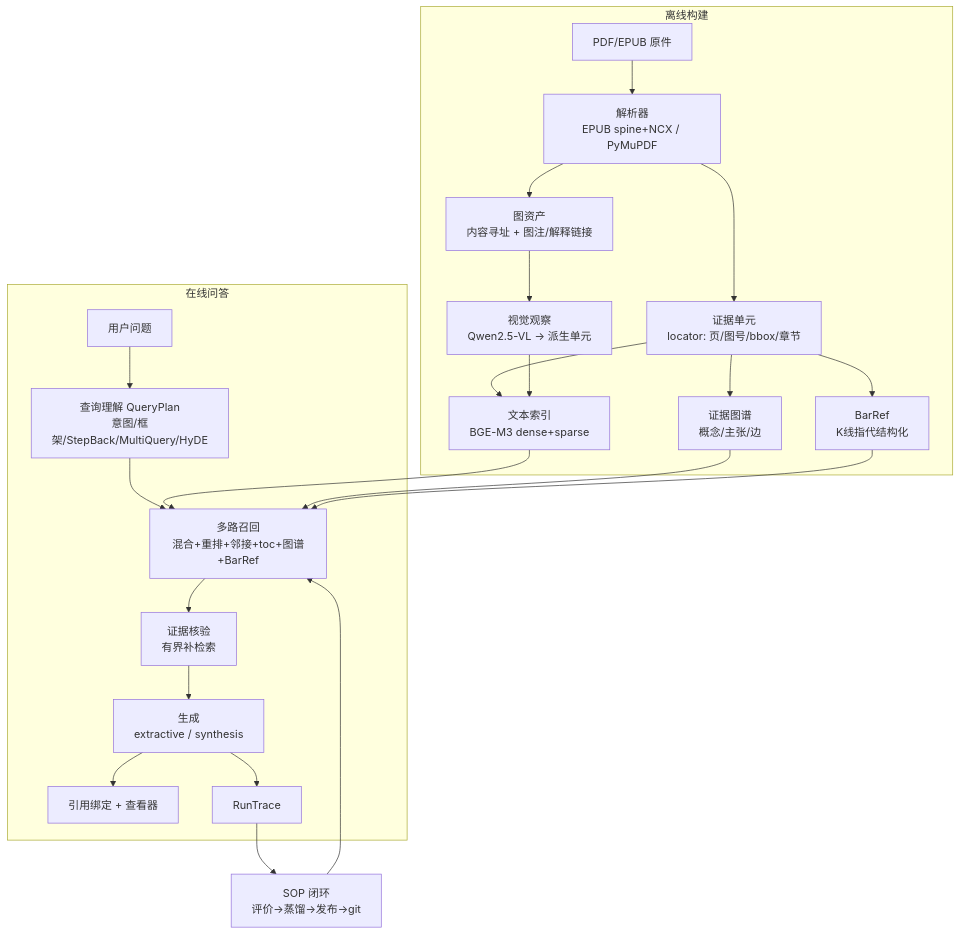
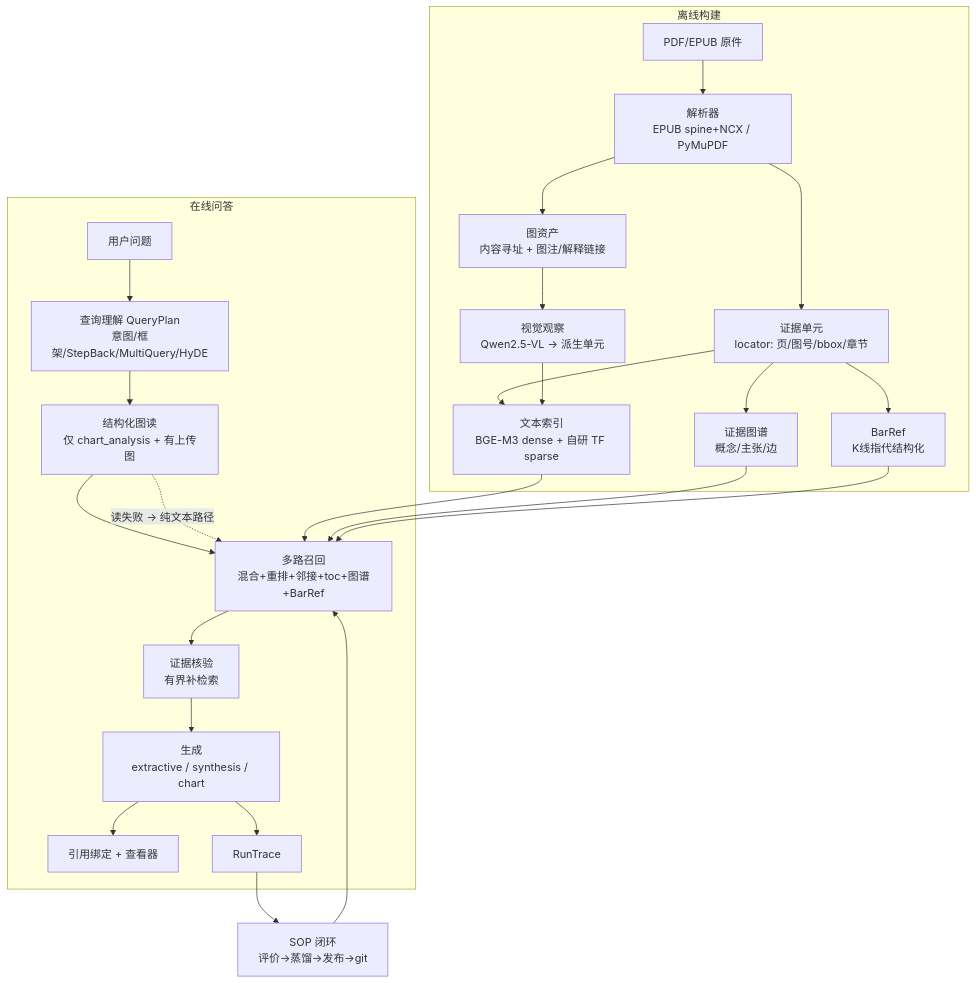
Before and after one commit to TbK0ng/paknow: the diagram in book/chapter0-architecture.md, drawn with Mermaid. The commit also changed other lines of this file and 40 other files, not shown here.

````diff
--- a/book/chapter0-architecture.md
+++ b/book/chapter0-architecture.md
@@ -52,26 +58,28 @@
 ```mermaid
 flowchart TB
-    subgraph 离线构建
+    subgraph "离线构建"
         A[PDF/EPUB 原件] --> B[解析器<br/>EPUB spine+NCX / PyMuPDF]
         B --> C[证据单元<br/>locator: 页/图号/bbox/章节]
         B --> D[图资产<br/>内容寻址 + 图注/解释链接]
-        C --> E[文本索引<br/>BGE-M3 dense+sparse]
+        C --> E[文本索引<br/>BGE-M3 dense + 自研 TF sparse]
         D --> F[视觉观察<br/>Qwen2.5-VL → 派生单元]
         F --> E
         C --> G[证据图谱<br/>概念/主张/边]
         C --> H[BarRef<br/>K线指代结构化]
     end
-    subgraph 在线问答
+    subgraph "在线问答"
         Q[用户问题] --> R[查询理解 QueryPlan<br/>意图/框架/StepBack/MultiQuery/HyDE]
-        R --> S[多路召回<br/>混合+重排+邻接+toc+图谱+BarRef]
+        R --> RD[结构化图读<br/>仅 chart_analysis + 有上传图]
+        RD --> S[多路召回<br/>混合+重排+邻接+toc+图谱+BarRef]
+        RD -.->|读失败 → 纯文本路径| S
         E --> S
         G --> S
         H --> S
         S --> T[证据核验<br/>有界补检索]
-        T --> U[生成<br/>extractive / synthesis]
+        T --> U[生成<br/>extractive / synthesis / chart]
         U --> V[引用绑定 + 查看器]
         U --> W[RunTrace]
     end
     W --> X[SOP 闭环<br/>评价→蒸馏→发布→git]
     X --> S
 ```
````
